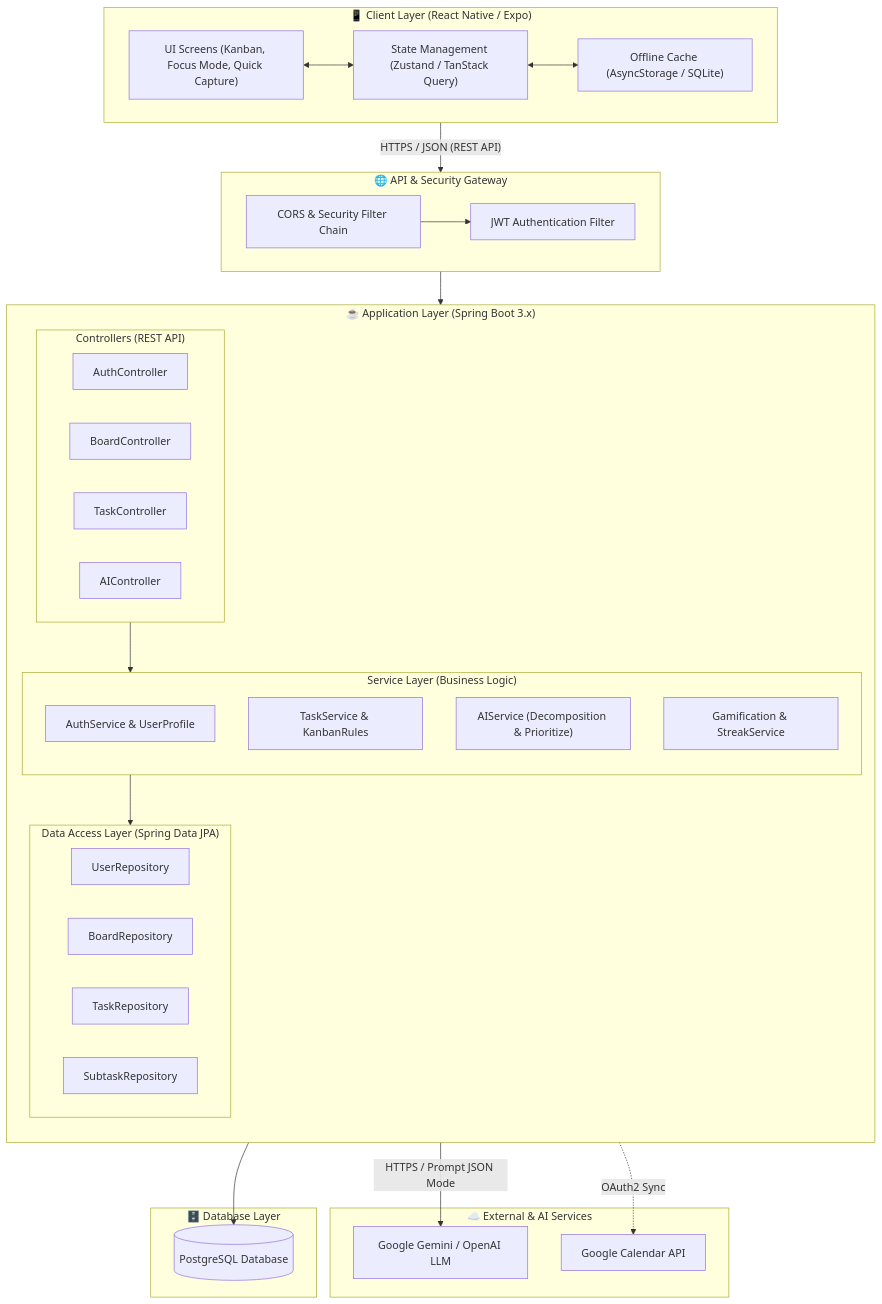
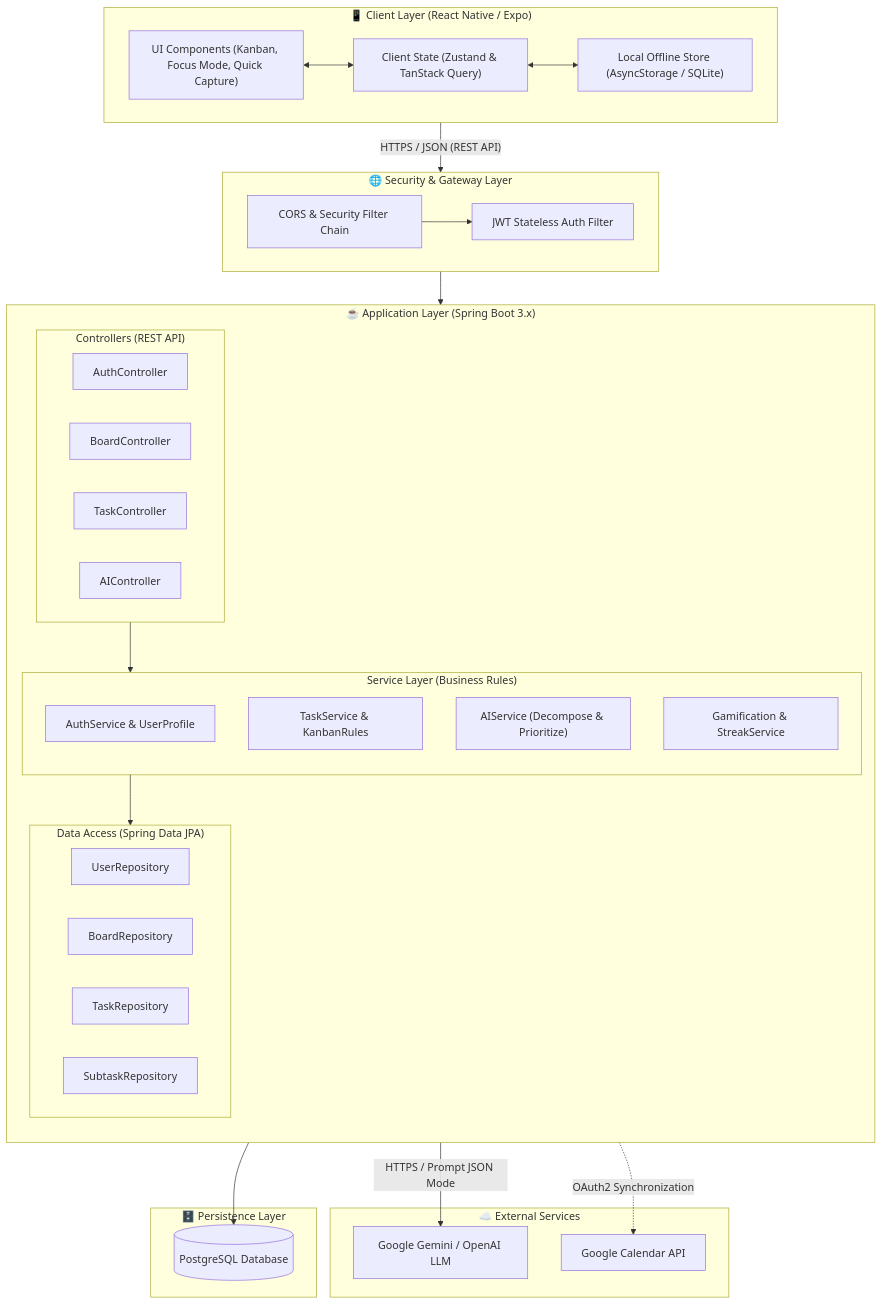
Before and after one commit to imkhari/Orbit: the first of 2 diagrams in docs/04_SYSTEM_ARCHITECTURE.md, drawn with Mermaid. The commit also changed other lines of this file and 4 other files, not shown here.

````diff
--- a/docs/04_SYSTEM_ARCHITECTURE.md
+++ b/docs/04_SYSTEM_ARCHITECTURE.md
@@ -16,55 +16,55 @@
 ```mermaid
 flowchart TB
     subgraph MobileClient ["📱 Client Layer (React Native / Expo)"]
-        UI["UI Screens (Kanban, Focus Mode, Quick Capture)"]
-        State["State Management (Zustand / TanStack Query)"]
-        Offline["Offline Cache (AsyncStorage / SQLite)"]
+        UI["UI Components (Kanban, Focus Mode, Quick Capture)"]
+        State["Client State (Zustand & TanStack Query)"]
+        Offline["Local Offline Store (AsyncStorage / SQLite)"]
         UI <--> State
         State <--> Offline
     end
 
-    subgraph Gateway ["🌐 API & Security Gateway"]
+    subgraph Gateway ["🌐 Security & Gateway Layer"]
         CORS["CORS & Security Filter Chain"]
-        JWTFilter["JWT Authentication Filter"]
+        JWTFilter["JWT Stateless Auth Filter"]
         CORS --> JWTFilter
     end
 
     subgraph SpringServer ["☕ Application Layer (Spring Boot 3.x)"]
         direction TB
         subgraph Controllers ["Controllers (REST API)"]
             AuthController["AuthController"]
             BoardController["BoardController"]
             TaskController["TaskController"]
             AIController["AIController"]
         end
-        subgraph Services ["Service Layer (Business Logic)"]
+        subgraph Services ["Service Layer (Business Rules)"]
             AuthService["AuthService & UserProfile"]
             TaskService["TaskService & KanbanRules"]
-            AIService["AIService (Decomposition & Prioritize)"]
+            AIService["AIService (Decompose & Prioritize)"]
             StreakService["Gamification & StreakService"]
         end
-        subgraph Repositories ["Data Access Layer (Spring Data JPA)"]
+        subgraph Repositories ["Data Access (Spring Data JPA)"]
             UserRepo["UserRepository"]
             BoardRepo["BoardRepository"]
             TaskRepo["TaskRepository"]
             SubtaskRepo["SubtaskRepository"]
         end
         Controllers --> Services
         Services --> Repositories
     end
 
-    subgraph ExternalServices ["☁️ External & AI Services"]
+    subgraph ExternalServices ["☁️ External Services"]
         LLM["Google Gemini / OpenAI LLM"]
         GCal["Google Calendar API"]
     end
 
-    subgraph Persistence ["🗄️ Database Layer"]
+    subgraph Persistence ["🗄️ Persistence Layer"]
         Postgres[(PostgreSQL Database)]
     end
 
     MobileClient -- "HTTPS / JSON (REST API)" --> Gateway
     Gateway --> Controllers
     AIService -- "HTTPS / Prompt JSON Mode" --> LLM
-    Services -. "OAuth2 Sync" .-> GCal
+    Services -. "OAuth2 Synchronization" .-> GCal
     Repositories --> Postgres
 ```
````
